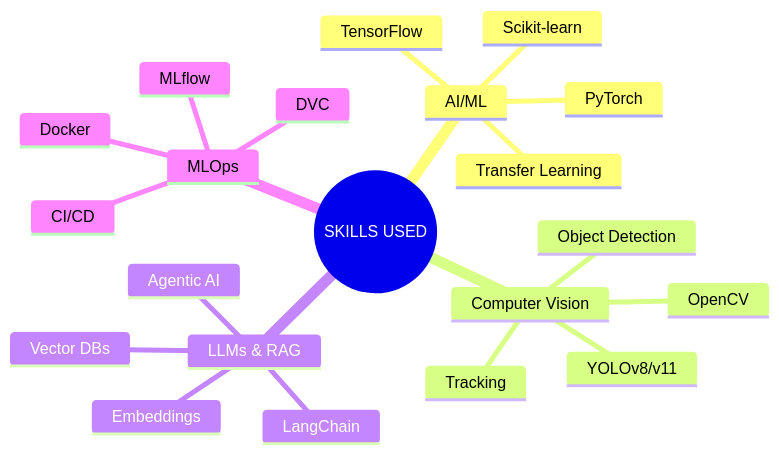
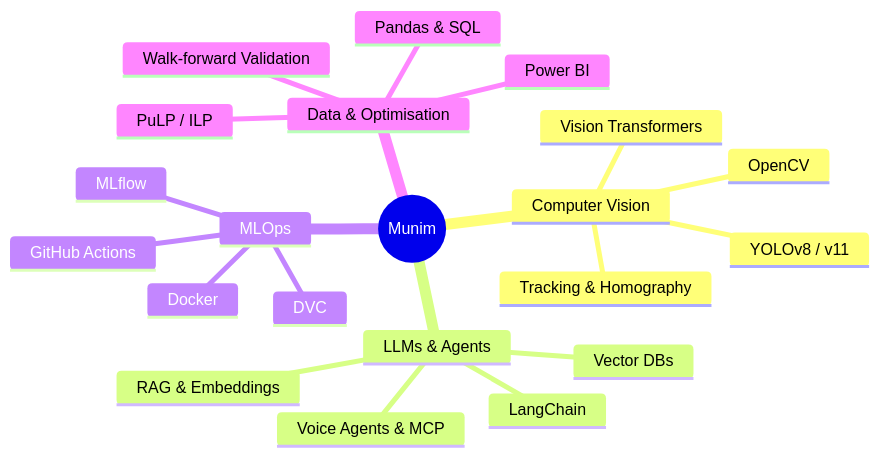
Before and after one commit to MunimAkbar/MunimAkbar: the second of 2 diagrams in README.md, drawn with Mermaid. The commit also changed other lines of this file, not shown here.

````diff
--- a/README.md
+++ b/README.md
@@ -137,28 +147,24 @@
 ```mermaid
 mindmap
-  root((SKILLS USED))
-
-    AI/ML
-      PyTorch
-      TensorFlow
-      Scikit-learn
-      Transfer Learning
-
+  root((Munim))
     Computer Vision
-      YOLOv8/v11
+      YOLOv8 / v11
       OpenCV
-      Object Detection
-      Tracking
-
-    LLMs & RAG
+      Vision Transformers
+      Tracking & Homography
+    LLMs & Agents
       LangChain
-      Embeddings
+      RAG & Embeddings
       Vector DBs
-      Agentic AI
-
+      Voice Agents & MCP
     MLOps
       MLflow
       DVC
       Docker
-      CI/CD
+      GitHub Actions
+    Data & Optimisation
+      Pandas & SQL
+      Power BI
+      PuLP / ILP
+      Walk-forward Validation
 ```
````
